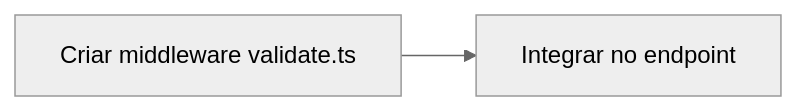
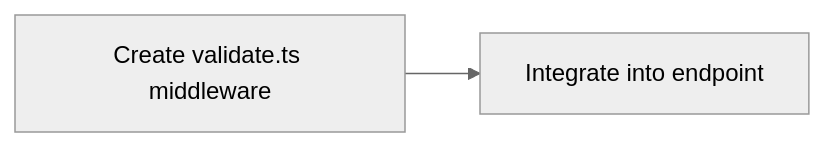
One commit to lscheffel/ignite-agents-skills changed the diagram in skills/implementation/examples/simple-change.md. Above: the diagram before and after it, drawn with Mermaid (neutral theme). The commit also changed other lines of this file and 1024 other files, not shown here.

````diff
--- a/skills/implementation/examples/simple-change.md
+++ b/skills/implementation/examples/simple-change.md
@@ -58,4 +58,4 @@
 ```mermaid
 graph LR
-    T1[ Criar middleware validate.ts] --> T2[Integrar no endpoint]
+    T1[Create validate.ts middleware] --> T2[Integrate into endpoint]
 ```
````
